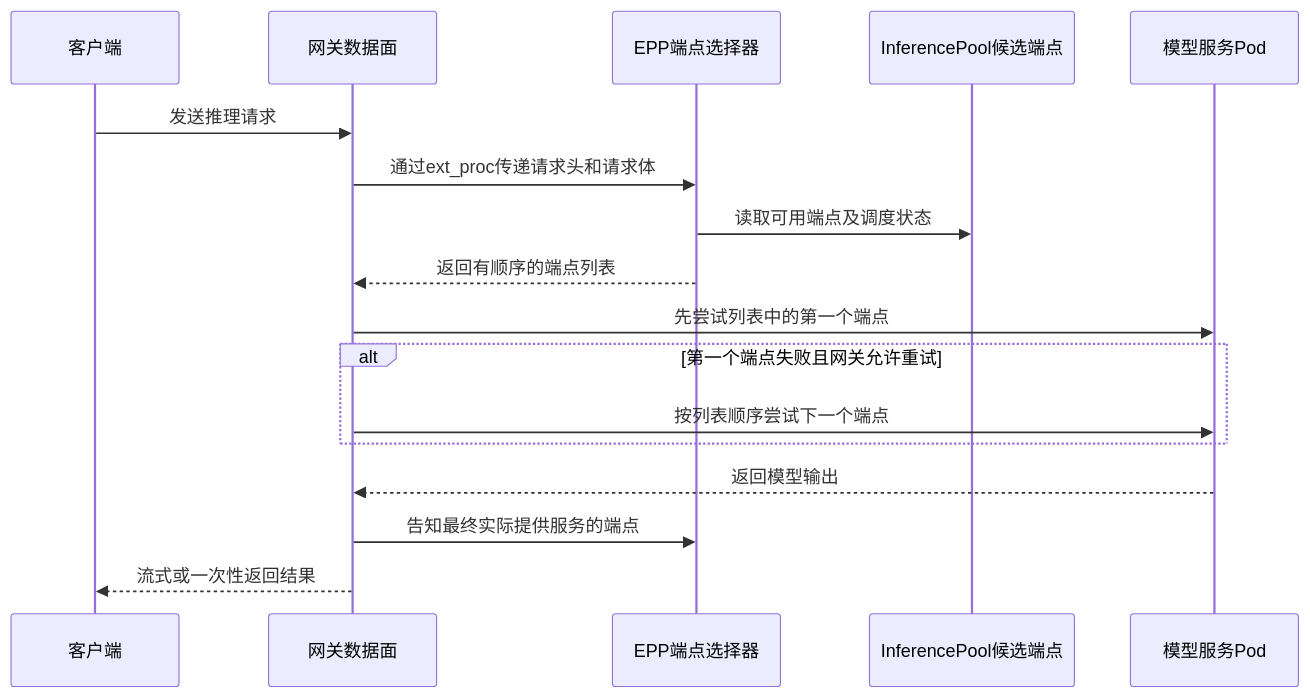
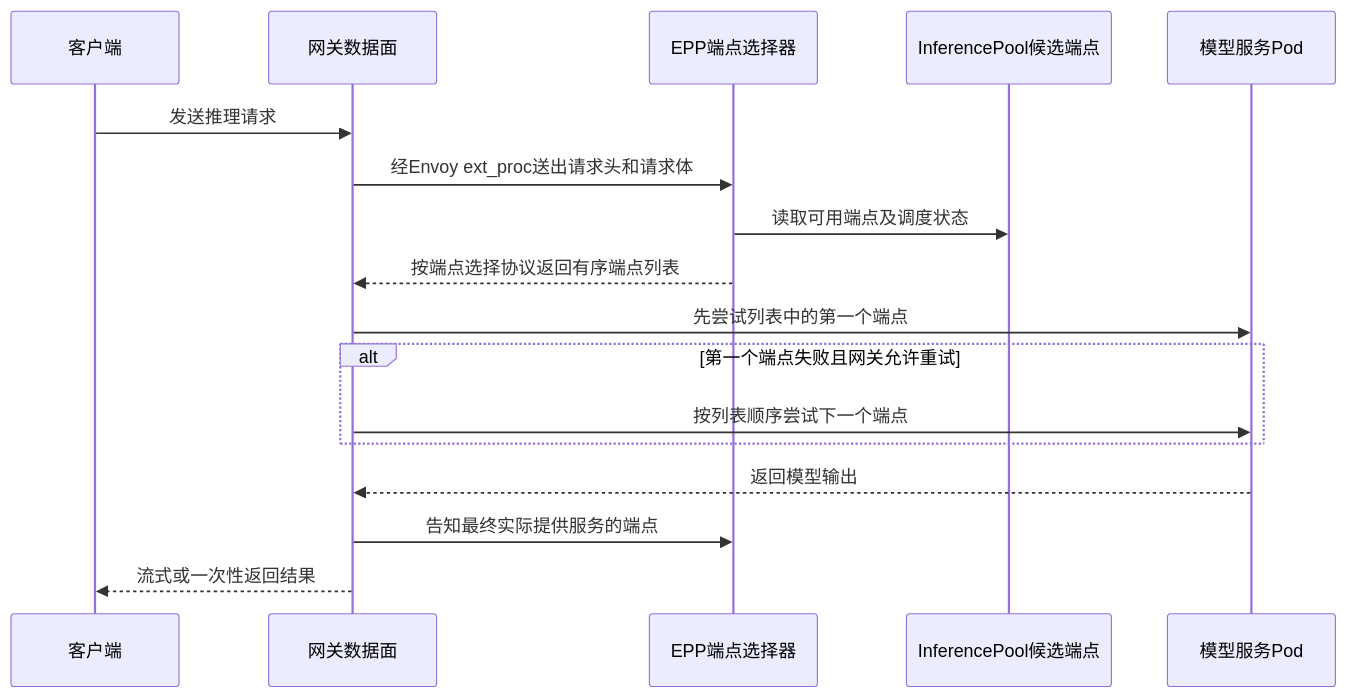
Before and after one commit to gqcn/johns-blog: diagram 15 of 23 in docs/docs/1000-AI技术/600-推理服务/5000-大模型推理服务会话保持与KVCache感知路由技术详解.md, drawn with Mermaid. The commit also changed other lines of this file, not shown here.

Commit message:
docs: 增加与 Envoy ext_proc 关系的说明，优化端点选择协议描述

````diff
--- a/docs/docs/1000-AI技术/600-推理服务/5000-大模型推理服务会话保持与KVCache感知路由技术详解.md
+++ b/docs/docs/1000-AI技术/600-推理服务/5000-大模型推理服务会话保持与KVCache感知路由技术详解.md
@@ -744,20 +755,20 @@
 ```mermaid
 sequenceDiagram
     participant C as 客户端
     participant G as 网关数据面
     participant E as EPP端点选择器
     participant P as InferencePool候选端点
     participant M as 模型服务Pod
 
     C->>G: 发送推理请求
-    G->>E: 通过ext_proc传递请求头和请求体
+    G->>E: 经Envoy ext_proc送出请求头和请求体
     E->>P: 读取可用端点及调度状态
-    E-->>G: 返回有顺序的端点列表
+    E-->>G: 按端点选择协议返回有序端点列表
     G->>M: 先尝试列表中的第一个端点
     alt 第一个端点失败且网关允许重试
         G->>M: 按列表顺序尝试下一个端点
     end
     M-->>G: 返回模型输出
     G->>E: 告知最终实际提供服务的端点
     G-->>C: 流式或一次性返回结果
 ```
````
